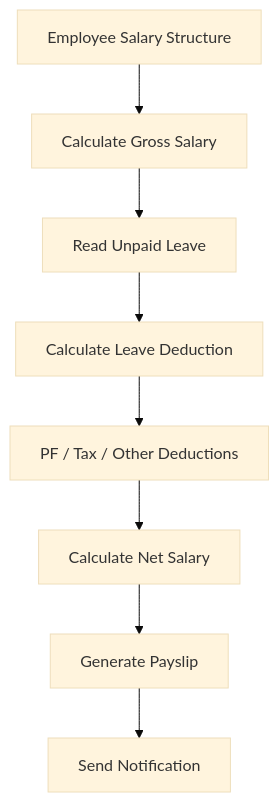
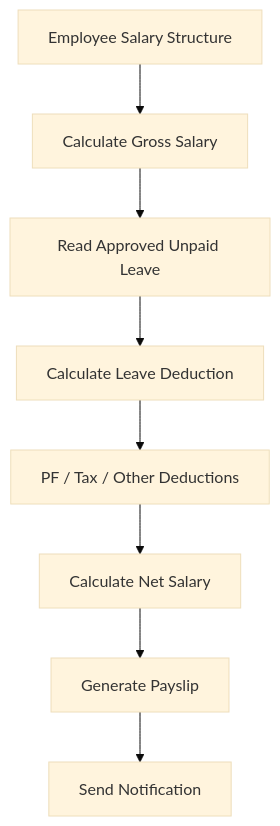
The third of 6 diagrams in ARCHITECTURE.md (deadlyrps2802/PayCore), drawn with Mermaid (base theme) before and after one commit. The commit also changed other lines of this file, not shown here.

Commit message:
docs: update architecture for API docs and exception handling

````diff
--- a/ARCHITECTURE.md
+++ b/ARCHITECTURE.md
@@ -43,10 +48,10 @@
 ```mermaid
 flowchart TD
     A[Employee Salary Structure] --> B[Calculate Gross Salary]
-    B --> C[Read Unpaid Leave]
+    B --> C[Read Approved Unpaid Leave]
     C --> D[Calculate Leave Deduction]
     D --> E[PF / Tax / Other Deductions]
     E --> F[Calculate Net Salary]
     F --> G[Generate Payslip]
     G --> H[Send Notification]
 ```
````
